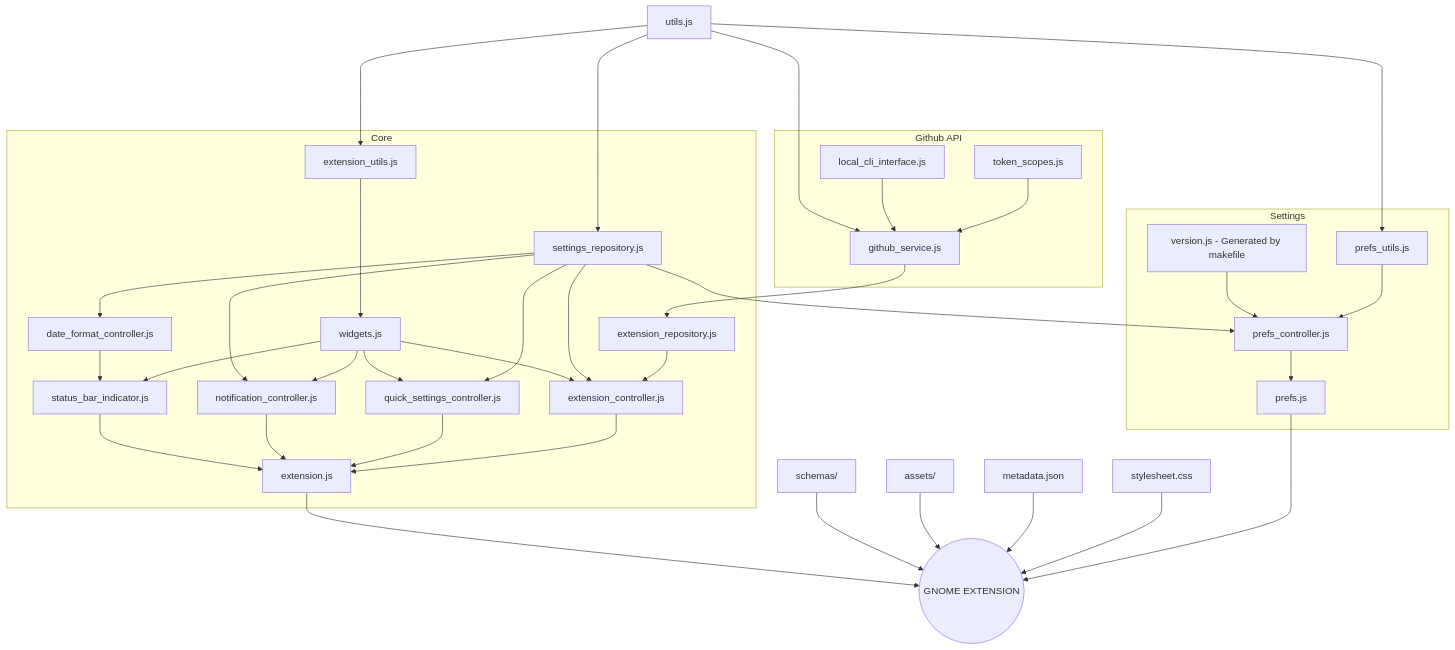
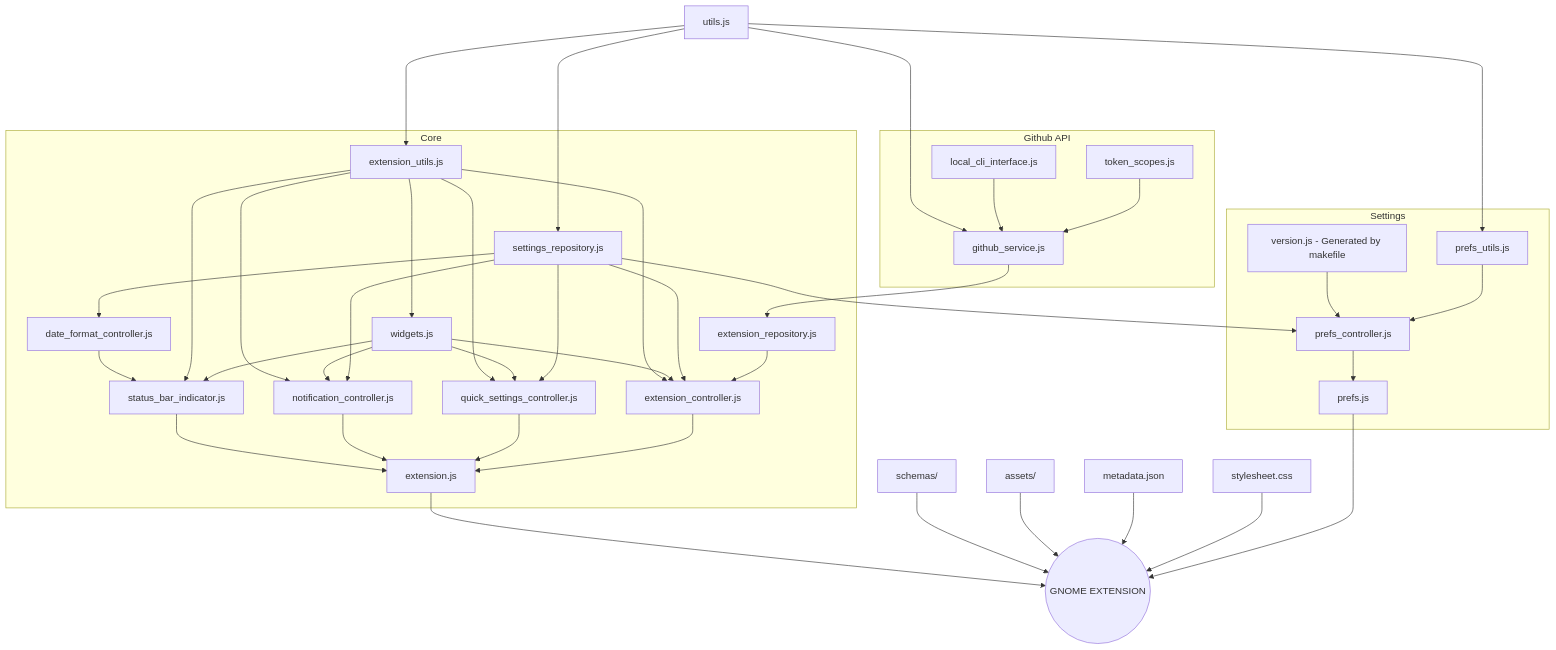
One commit to arononak/github-actions-gnome-extension changed the diagram in README.md. Above: the diagram before and after it, drawn with Mermaid. The commit also changed 8 other files, not shown here.

````diff
--- a/README.md
+++ b/README.md
@@ -33,62 +33,66 @@
 ```mermaid
 graph TD
     utils.js---->extension_utils.js
     utils.js---->github_service.js
     utils.js---->prefs_utils.js
     utils.js---->settings_repository.js
     extension_utils.js--->widgets.js
     settings_repository.js-->date_format_controller.js
     date_format_controller.js-->status_bar_indicator.js
+    extension_utils.js-->extension_controller.js
+    extension_utils.js-->status_bar_indicator.js
+    extension_utils.js-->quick_settings_controller.js
+    extension_utils.js-->notification_controller.js
     widgets.js-->extension_controller.js
     widgets.js-->status_bar_indicator.js
     widgets.js-->quick_settings_controller.js
+    widgets.js-->notification_controller.js
     settings_repository.js-->extension_controller.js
     local_cli_interface.js-->github_service.js
     token_scopes.js-->github_service.js
     github_service.js-->extension_repository.js
     extension_repository.js-->extension_controller.js
     settings_repository.js-->quick_settings_controller.js
     settings_repository.js-->notification_controller.js
-    widgets.js-->notification_controller.js
     settings_repository.js-->prefs_controller.js
     version.js[version.js - Generated by makefile]-->prefs_controller.js
     prefs_utils.js-->prefs_controller.js
     prefs_controller.js-->prefs.js
     status_bar_indicator.js-->extension.js
     notification_controller.js-->extension.js
     quick_settings_controller.js-->extension.js
     extension_controller.js-->extension.js
     
     extension.js-->EXTENSION((GNOME EXTENSION))
     schemas/-->EXTENSION((GNOME EXTENSION))
     assets/-->EXTENSION((GNOME EXTENSION))
     metadata.json-->EXTENSION((GNOME EXTENSION))
     stylesheet.css-->EXTENSION((GNOME EXTENSION))
     prefs.js-->EXTENSION((GNOME EXTENSION))
 
     subgraph "Settings"
         version.js
         prefs.js
         prefs_controller.js
         prefs_utils.js
     end
 
     subgraph "Github API"
         token_scopes.js
         local_cli_interface.js
         github_service.js
     end
 
     subgraph "Core"
         extension.js
         extension_controller.js
         quick_settings_controller.js
         notification_controller.js
         status_bar_indicator.js
         settings_repository.js
         widgets.js
         extension_utils.js
         extension_repository.js
         date_format_controller.js
     end
 ```
````
